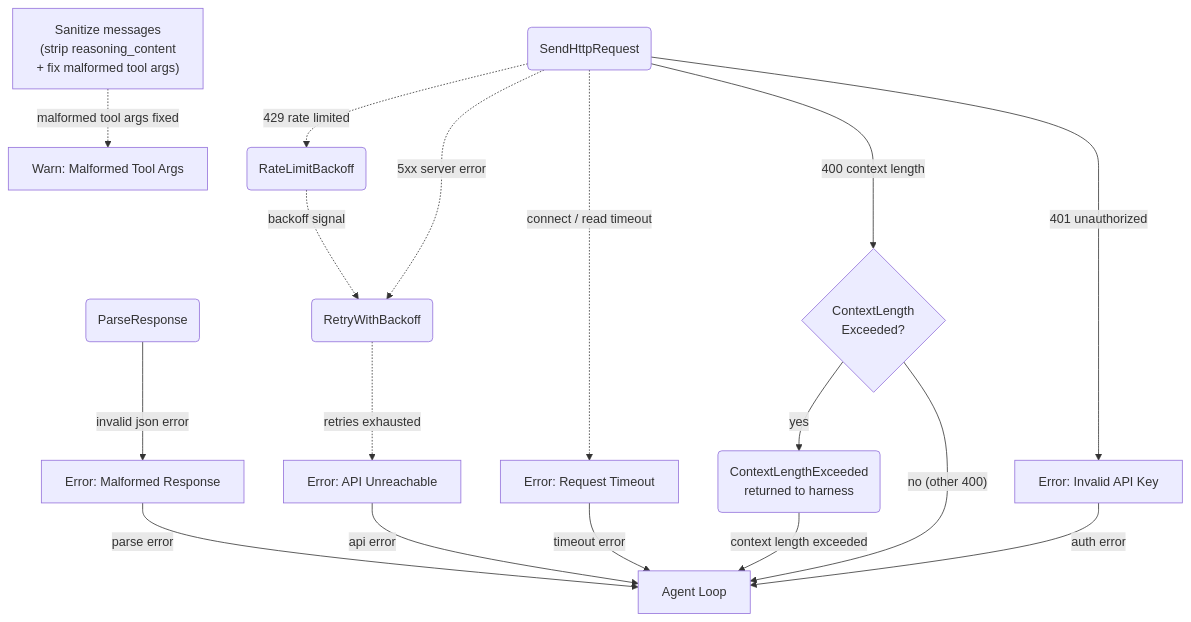
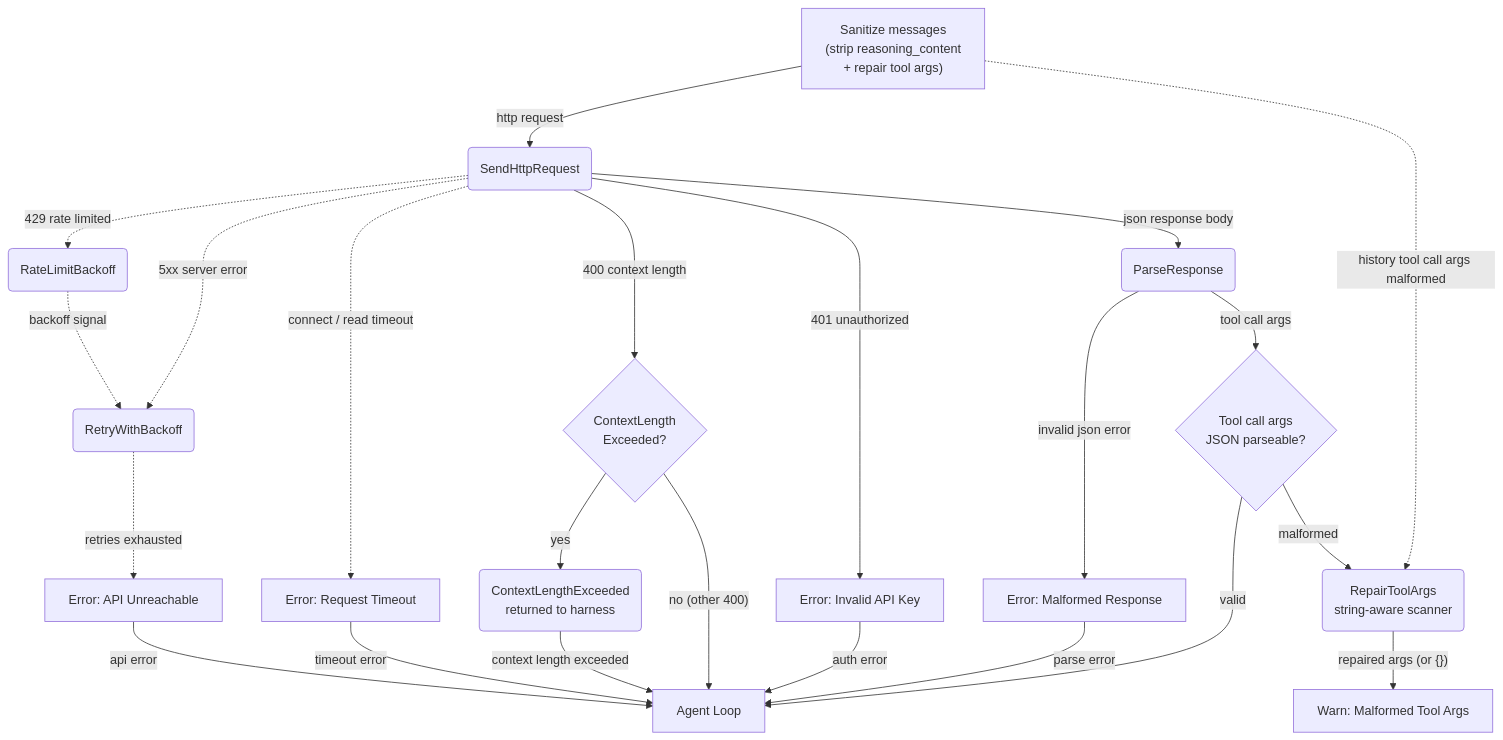
The second of 3 diagrams in _dfd/ai/ai-provider.md (cosmoswafer/rockbot), drawn with Mermaid before and after one commit. The commit also changed other lines of this file and 9 other files, not shown here.

````diff
--- a/_dfd/ai/ai-provider.md
+++ b/_dfd/ai/ai-provider.md
@@ -95,33 +95,41 @@
 ```mermaid
 flowchart TD
     HTTP(SendHttpRequest)
     PARSE(ParseResponse)
     RATE(RateLimitBackoff)
     RETRY(RetryWithBackoff)
     CTX_ERR{ContextLength<br/>Exceeded?}
     CTX_RET(ContextLengthExceeded<br/>returned to harness)
     ERR_TIMEOUT[Error: Request Timeout]
     ERR_API[Error: API Unreachable]
     ERR_PARSE[Error: Malformed Response]
     ERR_AUTH[Error: Invalid API Key]
+    TOOL_PARSE{Tool call args<br/>JSON parseable?}
+    REPAIR(RepairToolArgs<br/>string-aware scanner)
+    SANITIZE["Sanitize messages<br/>(strip reasoning_content<br/>+ repair tool args)"]
+    WARN[Warn: Malformed Tool Args]
     AGENT[Agent Loop]
-    SANITIZE["Sanitize messages<br/>(strip reasoning_content<br/>+ fix malformed tool args)"]
-    WARN[Warn: Malformed Tool Args]
 
+    SANITIZE -->|"http request"| HTTP
     HTTP -.->|"429 rate limited"| RATE
     RATE -.->|"backoff signal"| RETRY
     HTTP -.->|"5xx server error"| RETRY
     HTTP -.->|"connect / read timeout"| ERR_TIMEOUT
     RETRY -.->|"retries exhausted"| ERR_API
     HTTP -->|"400 context length"| CTX_ERR
     CTX_ERR -->|"yes"| CTX_RET
     CTX_ERR -->|"no (other 400)"| AGENT
     HTTP -->|"401 unauthorized"| ERR_AUTH
+    HTTP -->|"json response body"| PARSE
     PARSE -->|"invalid json error"| ERR_PARSE
+    PARSE -->|"tool call args"| TOOL_PARSE
+    TOOL_PARSE -->|"valid"| AGENT
+    TOOL_PARSE -->|"malformed"| REPAIR
+    REPAIR -->|"repaired args (or {})"| WARN
     ERR_TIMEOUT -->|"timeout error"| AGENT
     ERR_API -->|"api error"| AGENT
     ERR_AUTH -->|"auth error"| AGENT
     ERR_PARSE -->|"parse error"| AGENT
     CTX_RET -->|"context length exceeded"| AGENT
-    SANITIZE -.->|"malformed tool args fixed"| WARN
+    SANITIZE -.->|"history tool call args malformed"| REPAIR
 ```
````
